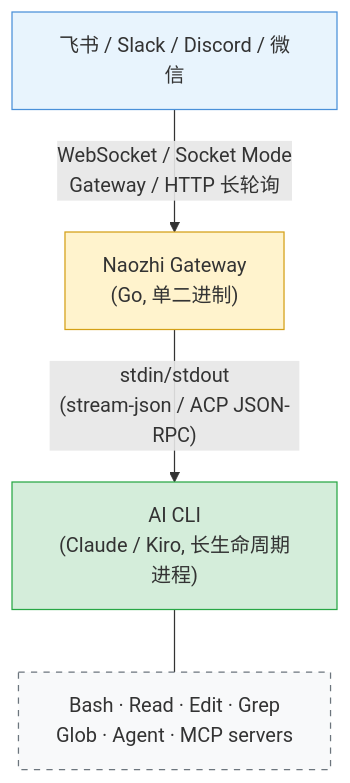
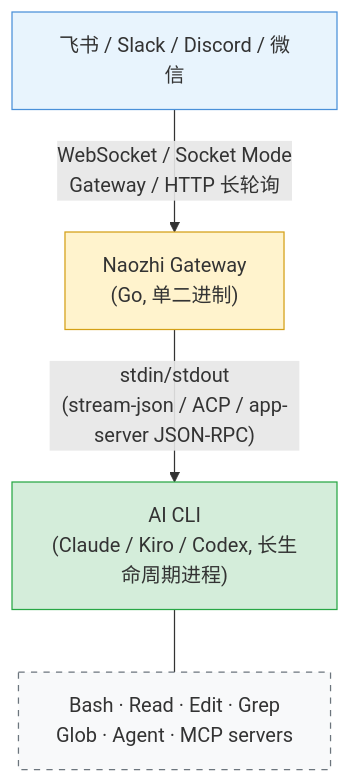
Before and after one commit to KevinZhao/naozhi: the first of 3 diagrams in README.md, drawn with Mermaid. The commit also changed other lines of this file and 2 other files, not shown here.

First line of the commit message:
docs(readme): Slack/Discord edit messages; document the codex backend

````diff
--- a/README.md
+++ b/README.md
@@ -24,16 +24,16 @@
 ```mermaid
 graph TD
     IM["飞书 / Slack / Discord / 微信"]
     GW["Naozhi Gateway<br/>(Go, 单二进制)"]
-    CLI["AI CLI<br/>(Claude / Kiro, 长生命周期进程)"]
+    CLI["AI CLI<br/>(Claude / Kiro / Codex, 长生命周期进程)"]
     TOOLS["Bash · Read · Edit · Grep<br/>Glob · Agent · MCP servers"]
 
     IM -- "WebSocket / Socket Mode<br/>Gateway / HTTP 长轮询" --> GW
-    GW -- "stdin/stdout<br/>(stream-json / ACP JSON-RPC)" --> CLI
+    GW -- "stdin/stdout<br/>(stream-json / ACP / app-server JSON-RPC)" --> CLI
     CLI --- TOOLS
 
     style IM fill:#e8f4fd,stroke:#4a90d9
     style GW fill:#fff3cd,stroke:#d4a017
     style CLI fill:#d4edda,stroke:#28a745
     style TOOLS fill:#f8f9fa,stroke:#6c757d,stroke-dasharray: 5 5
 ```
````
